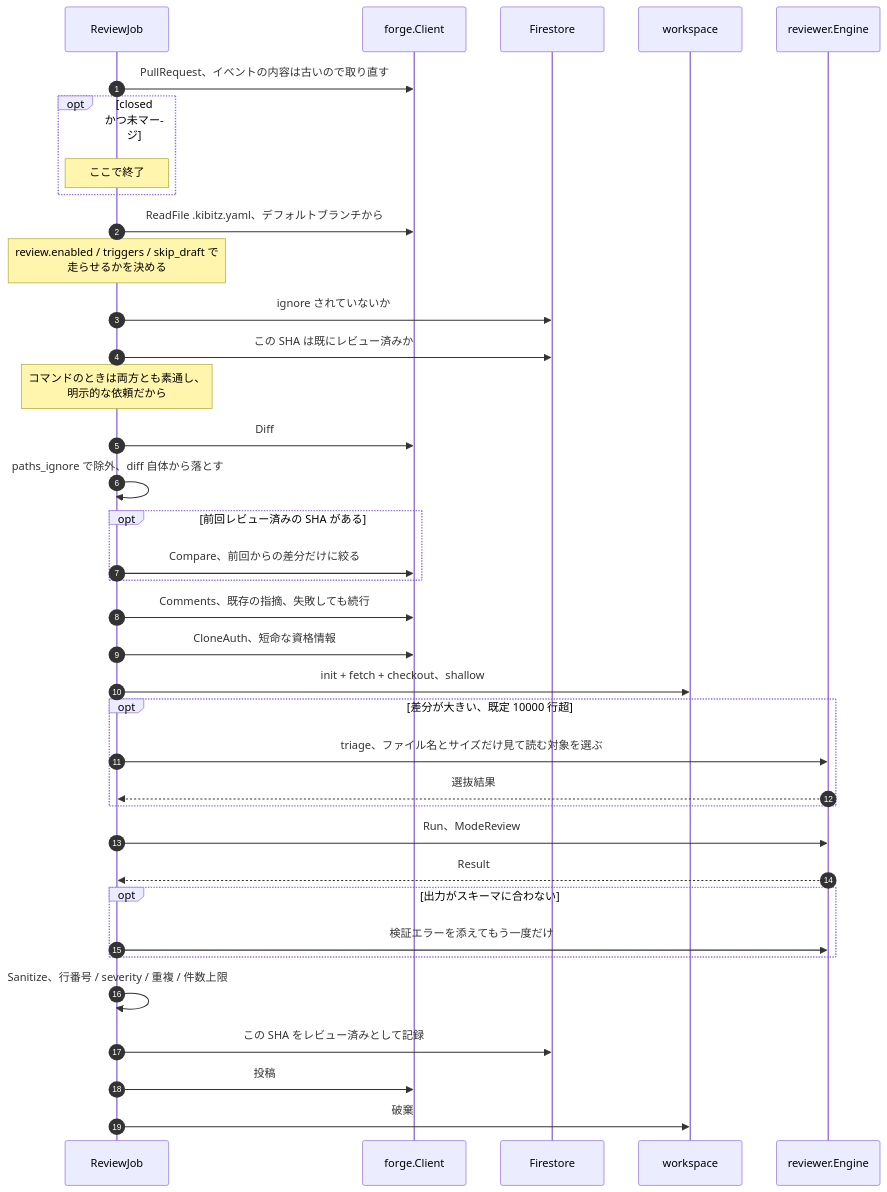
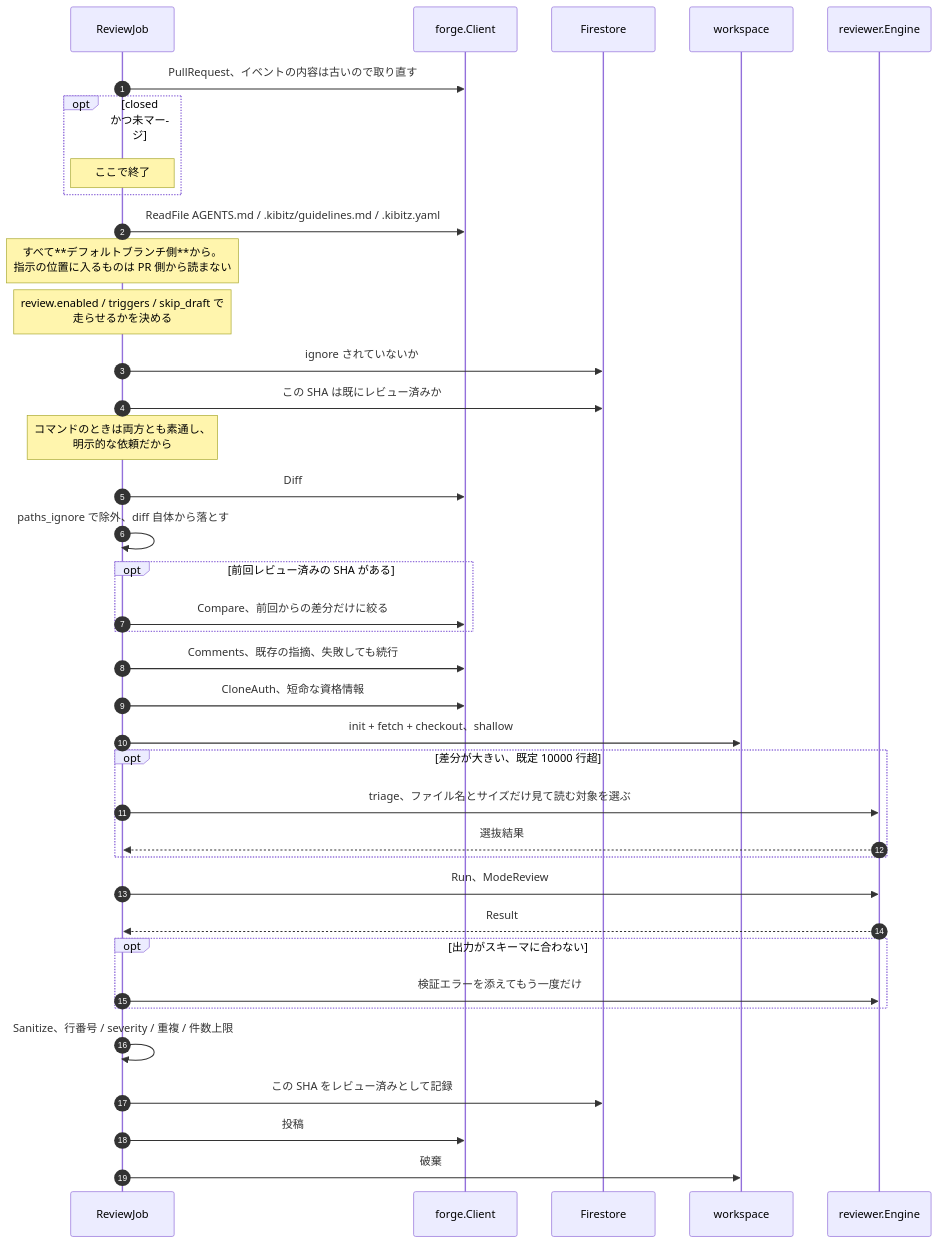
Before and after one commit to yteraoka/kibitz: the fourth of 8 diagrams in docs/review-flow.md, drawn with Mermaid. The commit also changed 12 other files, not shown here.

````diff
--- a/docs/review-flow.md
+++ b/docs/review-flow.md
@@ -159,40 +159,41 @@
 ```mermaid
 sequenceDiagram
     autonumber
     participant J as ReviewJob
     participant F as forge.Client
     participant S as Firestore
     participant WS as workspace
     participant A as reviewer.Engine
 
     J->>F: PullRequest、イベントの内容は古いので取り直す
     opt closed かつ未マージ
         Note over J: ここで終了
     end
-    J->>F: ReadFile .kibitz.yaml、デフォルトブランチから
+    J->>F: ReadFile AGENTS.md / .kibitz/guidelines.md / .kibitz.yaml
+    Note over J: すべて**デフォルトブランチ側**から。<br/>指示の位置に入るものは PR 側から読まない
     Note over J: review.enabled / triggers / skip_draft で<br/>走らせるかを決める
     J->>S: ignore されていないか
     J->>S: この SHA は既にレビュー済みか
     Note over J: コマンドのときは両方とも素通し、<br/>明示的な依頼だから
     J->>F: Diff
     J->>J: paths_ignore で除外、diff 自体から落とす
     opt 前回レビュー済みの SHA がある
         J->>F: Compare、前回からの差分だけに絞る
     end
     J->>F: Comments、既存の指摘、失敗しても続行
     J->>F: CloneAuth、短命な資格情報
     J->>WS: init + fetch + checkout、shallow
     opt 差分が大きい、既定 10000 行超
         J->>A: triage、ファイル名とサイズだけ見て読む対象を選ぶ
         A-->>J: 選抜結果
     end
     J->>A: Run、ModeReview
     A-->>J: Result
     opt 出力がスキーマに合わない
         J->>A: 検証エラーを添えてもう一度だけ
     end
     J->>J: Sanitize、行番号 / severity / 重複 / 件数上限
     J->>S: この SHA をレビュー済みとして記録
     J->>F: 投稿
     J->>WS: 破棄
 ```
````
